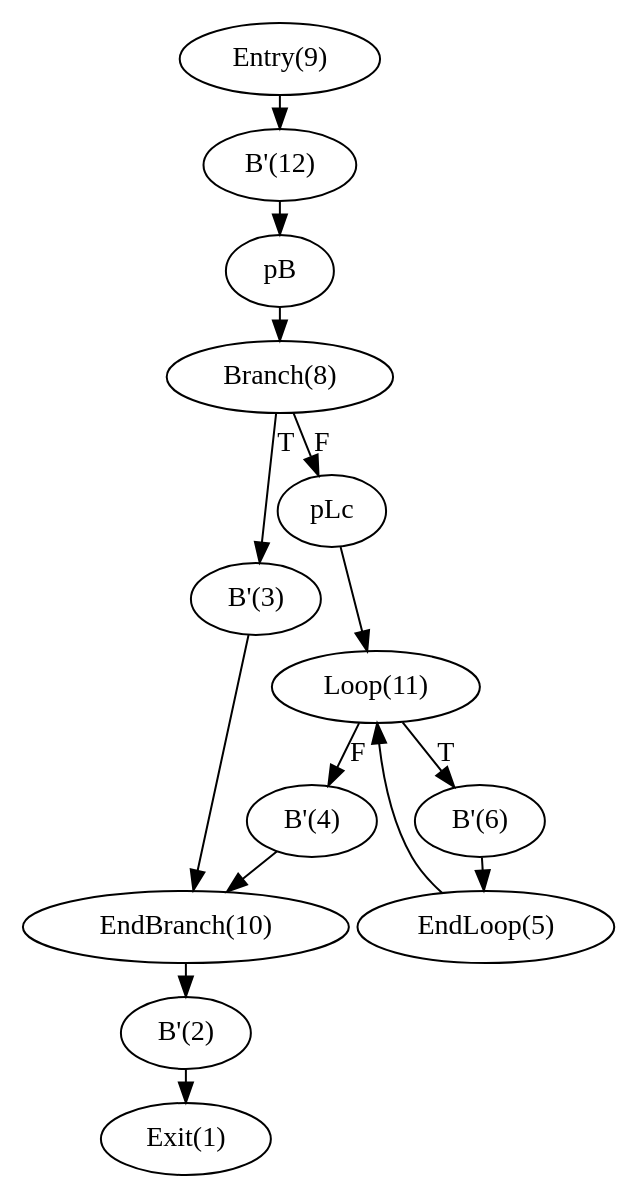
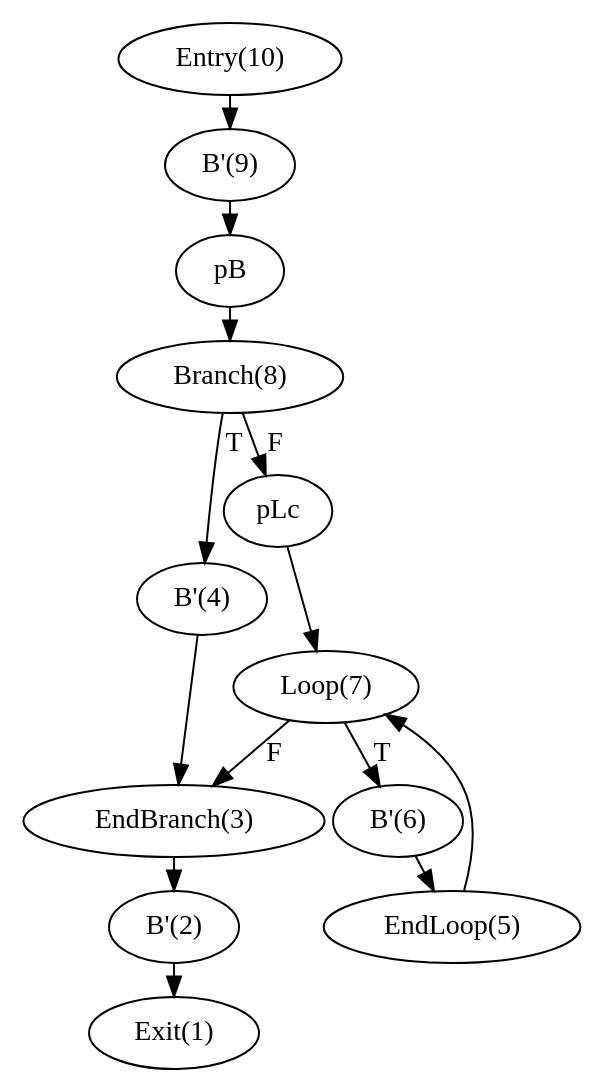
The diagram in paper/cfg_adj.dot (sriharikrishna/OpenADF_Manual), drawn with Graphviz before and after one commit. The commit also changed 10 other files, not shown here.

```diff
--- a/paper/cfg_adj.dot
+++ b/paper/cfg_adj.dot
@@ -1,31 +1,29 @@
 digraph cfg_adjoint {
 nodesep=.05;
 ranksep=.05;
-HEX83631a0[label="Entry(9)"];
-HEX8363248[label="B'(12)"];
+HEX83631a0[label="Entry(10)"];
+HEX8363248[label="B'(9)"];
 HEX8363298[label="Branch(8)"];
-HEX8363380[label="Loop(11)"];
+HEX8363380[label="Loop(7)"];
 HEX8363688[label="B'(6)"];
 HEX83636d8[label="EndLoop(5)"];
-HEX8363780[label="B'(4)"];
-HEX83637d0[label="B'(3)"];
-HEX8363820[label="EndBranch(10)"];
+HEX83637d0[label="B'(4)"];
+HEX8363820[label="EndBranch(3)"];
 HEX83638c8[label="B'(2)"];
 HEX8363918[label="Exit(1)"];
 HEX8363a20[label="pB"];
 HEX8363db0[label="pLc"];
 HEX83631a0->HEX8363248 ;
 HEX8363248->HEX8363a20 ;
 HEX8363a20->HEX8363298 ;
-HEX8363298->HEX83637d0 [label="T"];
-HEX8363298->HEX8363db0 [label="F"];
+HEX8363298->HEX83637d0 [label=" T"];
+HEX8363298->HEX8363db0 [label=" F"];
 HEX8363db0->HEX8363380 ;
-HEX8363380->HEX8363688 [label="T"];
-HEX8363380->HEX8363780 [label="F"];
+HEX8363380->HEX8363688 [label=" T"];
+HEX8363380->HEX8363820 [label="F"];
 HEX8363688->HEX83636d8 ;
 HEX83636d8->HEX8363380 ;
-HEX8363780->HEX8363820 ;
 HEX83637d0->HEX8363820 ;
 HEX8363820->HEX83638c8 ;
 HEX83638c8->HEX8363918 ;
 }
```
